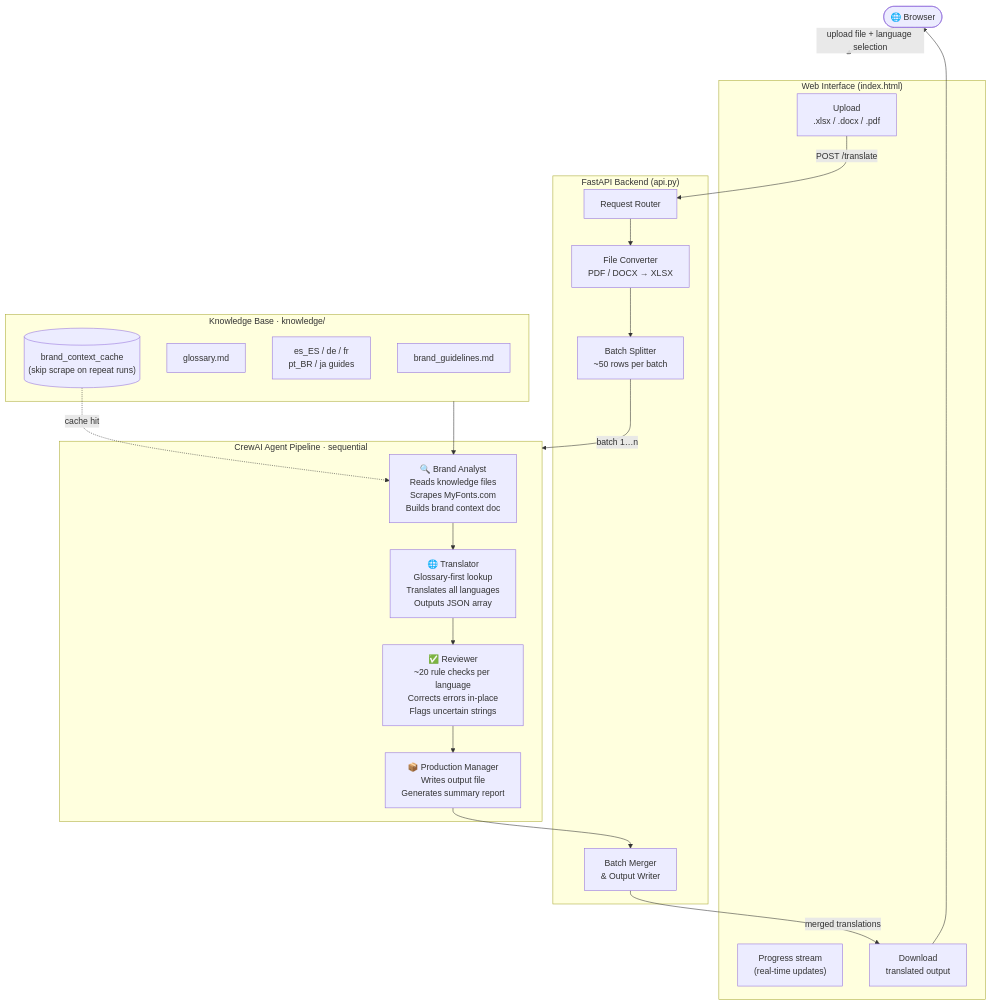
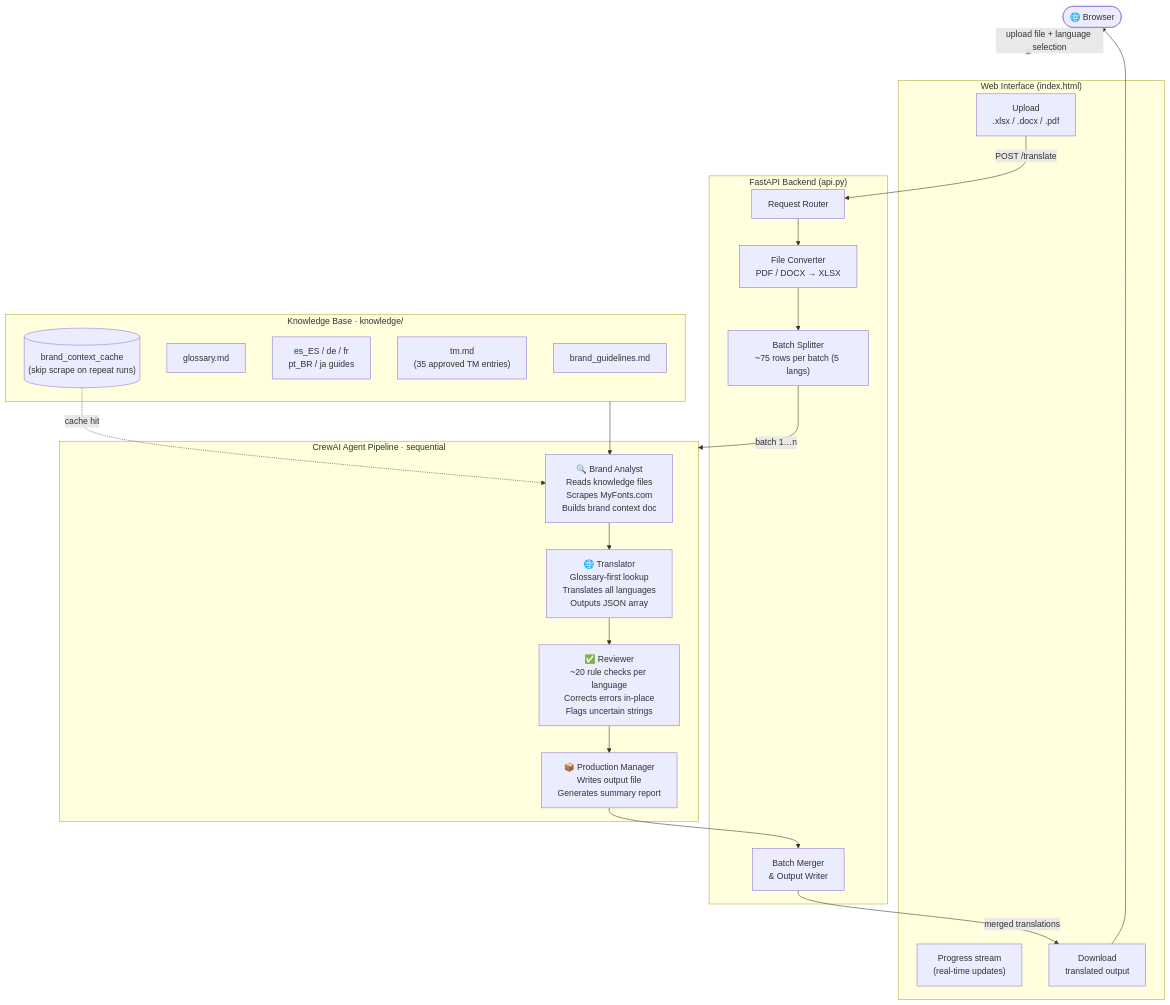
One commit to SankalpMonotype/Monotype-Translator changed the first of 2 diagrams in README.md. Above: the diagram before and after it, drawn with Mermaid. The commit also changed other lines of this file, not shown here.

First line of the commit message:
docs: update architecture diagrams and agent descriptions for TM integration

````diff
--- a/README.md
+++ b/README.md
@@ -76,46 +76,47 @@
 ```mermaid
 flowchart TD
     Browser(["🌐 Browser"])
 
     Browser -->|"upload file + language selection"| UI
 
     subgraph UI["Web Interface (index.html)"]
         Upload["Upload\n.xlsx / .docx / .pdf"]
         Progress["Progress stream\n(real-time updates)"]
         DL["Download\ntranslated output"]
     end
 
     Upload -->|"POST /translate"| Router
 
     subgraph API["FastAPI Backend (api.py)"]
         Router["Request Router"]
         Converter["File Converter\nPDF / DOCX → XLSX"]
-        Batcher["Batch Splitter\n~50 rows per batch"]
+        Batcher["Batch Splitter\n~75 rows per batch (5 langs)"]
         Merger["Batch Merger\n& Output Writer"]
     end
 
     Router --> Converter --> Batcher
 
     Batcher -->|"batch 1…n"| Pipeline
 
     subgraph Pipeline["CrewAI Agent Pipeline  ·  sequential"]
         A1["🔍 Brand Analyst\nReads knowledge files\nScrapes MyFonts.com\nBuilds brand context doc"]
         A2["🌐 Translator\nGlossary-first lookup\nTranslates all languages\nOutputs JSON array"]
         A3["✅ Reviewer\n~20 rule checks per language\nCorrects errors in-place\nFlags uncertain strings"]
         A4["📦 Production Manager\nWrites output file\nGenerates summary report"]
         A1 --> A2 --> A3 --> A4
     end
 
     subgraph KB["Knowledge Base  ·  knowledge/"]
         BG["brand_guidelines.md"]
         GL["glossary.md"]
         LG["es_ES / de / fr\npt_BR / ja guides"]
+        TM["tm.md\n(35 approved TM entries)"]
         Cache[("brand_context_cache\n(skip scrape on repeat runs)")]
     end
 
     KB --> A1
     Cache -.->|"cache hit"| A1
 
     A4 --> Merger -->|"merged translations"| DL
     DL --> Browser
 ```
````
